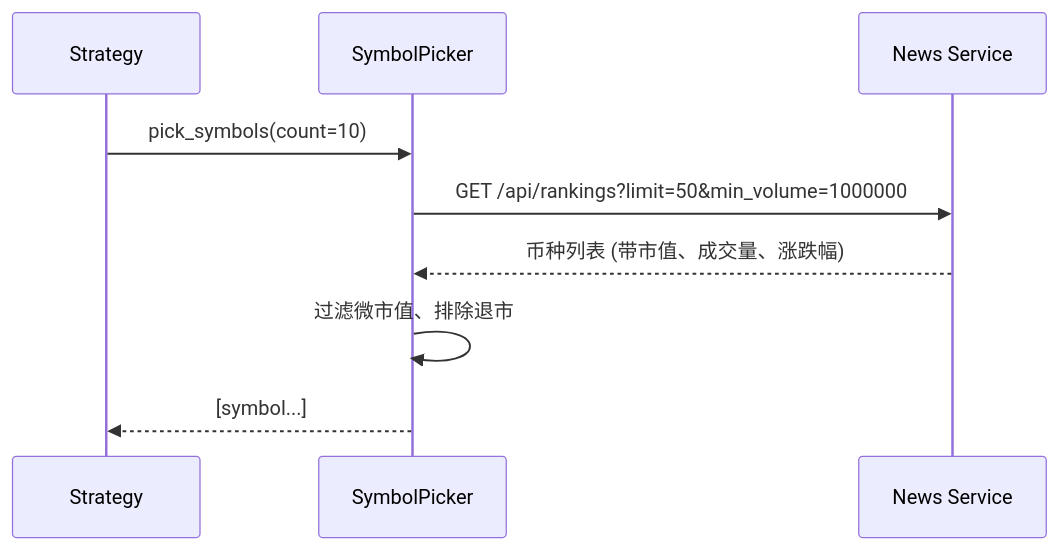
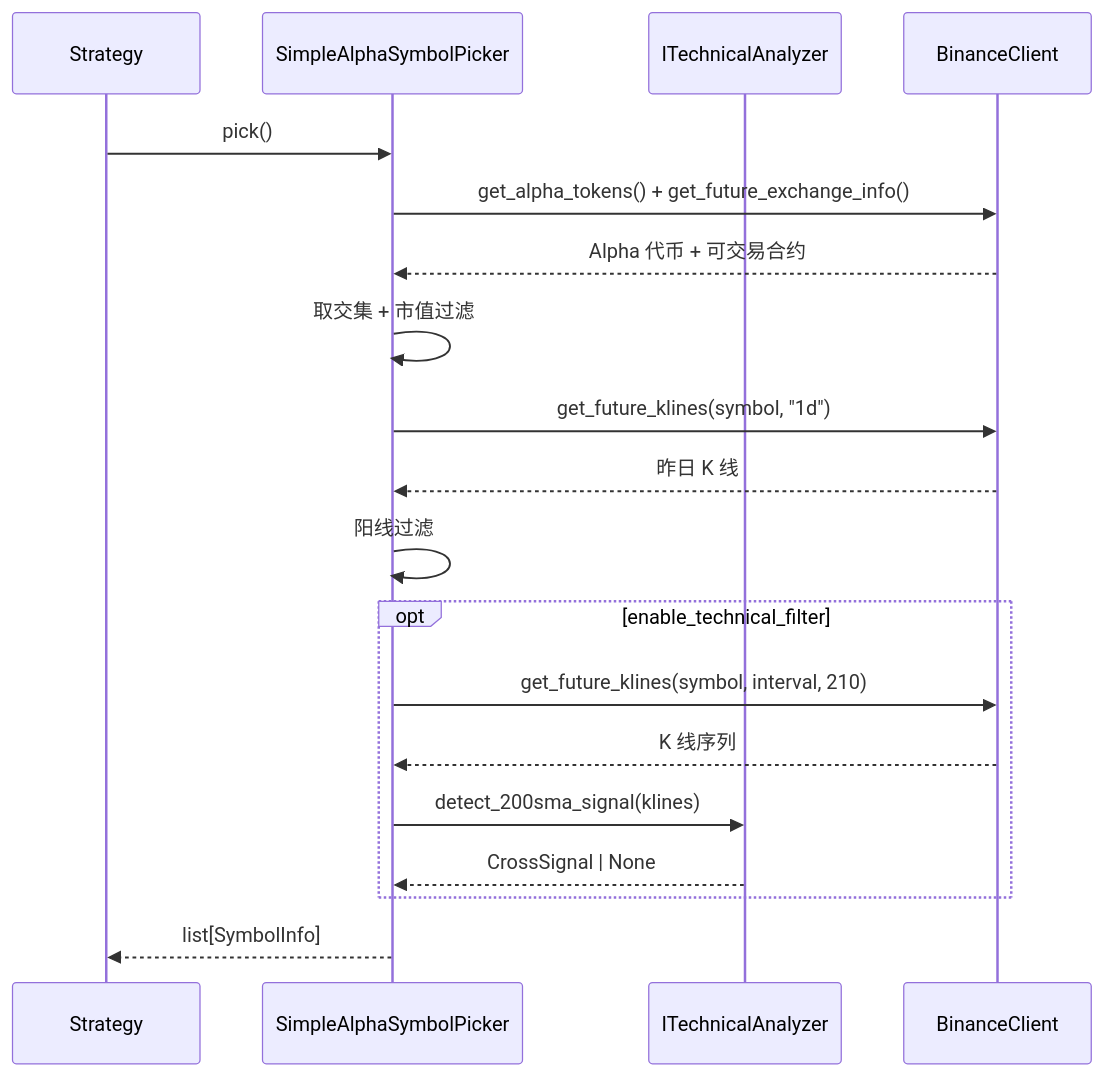
One commit to cqlwm/trading-service changed the second of 5 diagrams in architecture_document/04-strategy-engine.md. Above: the diagram before and after it, drawn with Mermaid. The commit also changed other lines of this file and 15 other files, not shown here.

First line of the commit message:
fix: 修复 SymbolPicker 与 TechnicalAnalyzer 架构设计问题

````diff
--- a/architecture_document/04-strategy-engine.md
+++ b/architecture_document/04-strategy-engine.md
@@ -129,12 +159,22 @@
 ```mermaid
 sequenceDiagram
     participant Strategy as Strategy
-    participant Picker as SymbolPicker
-    participant NS as News Service
+    participant Picker as SimpleAlphaSymbolPicker
+    participant Analyzer as ITechnicalAnalyzer
+    participant Binance as BinanceClient
 
-    Strategy->>Picker: pick_symbols(count=10)
-    Picker->>NS: GET /api/rankings?limit=50&min_volume=1000000
-    NS-->>Picker: 币种列表 (带市值、成交量、涨跌幅)
-    Picker->>Picker: 过滤微市值、排除退市
-    Picker-->>Strategy: [symbol...]
+    Strategy->>Picker: pick()
+    Picker->>Binance: get_alpha_tokens() + get_future_exchange_info()
+    Binance-->>Picker: Alpha 代币 + 可交易合约
+    Picker->>Picker: 取交集 + 市值过滤
+    Picker->>Binance: get_future_klines(symbol, "1d")
+    Binance-->>Picker: 昨日 K 线
+    Picker->>Picker: 阳线过滤
+    opt enable_technical_filter
+        Picker->>Binance: get_future_klines(symbol, interval, 210)
+        Binance-->>Picker: K 线序列
+        Picker->>Analyzer: detect_200sma_signal(klines)
+        Analyzer-->>Picker: CrossSignal | None
+    end
+    Picker-->>Strategy: list[SymbolInfo]
 ```
````
